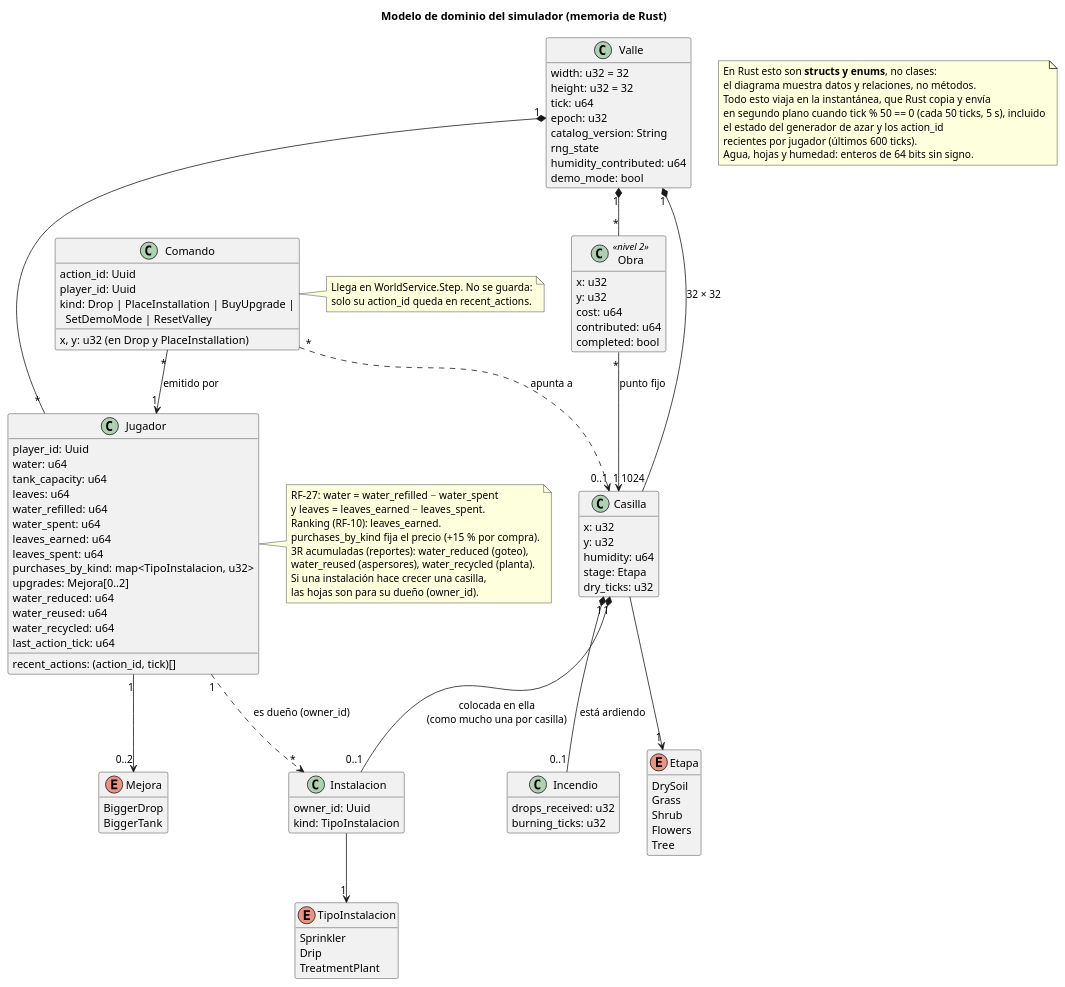
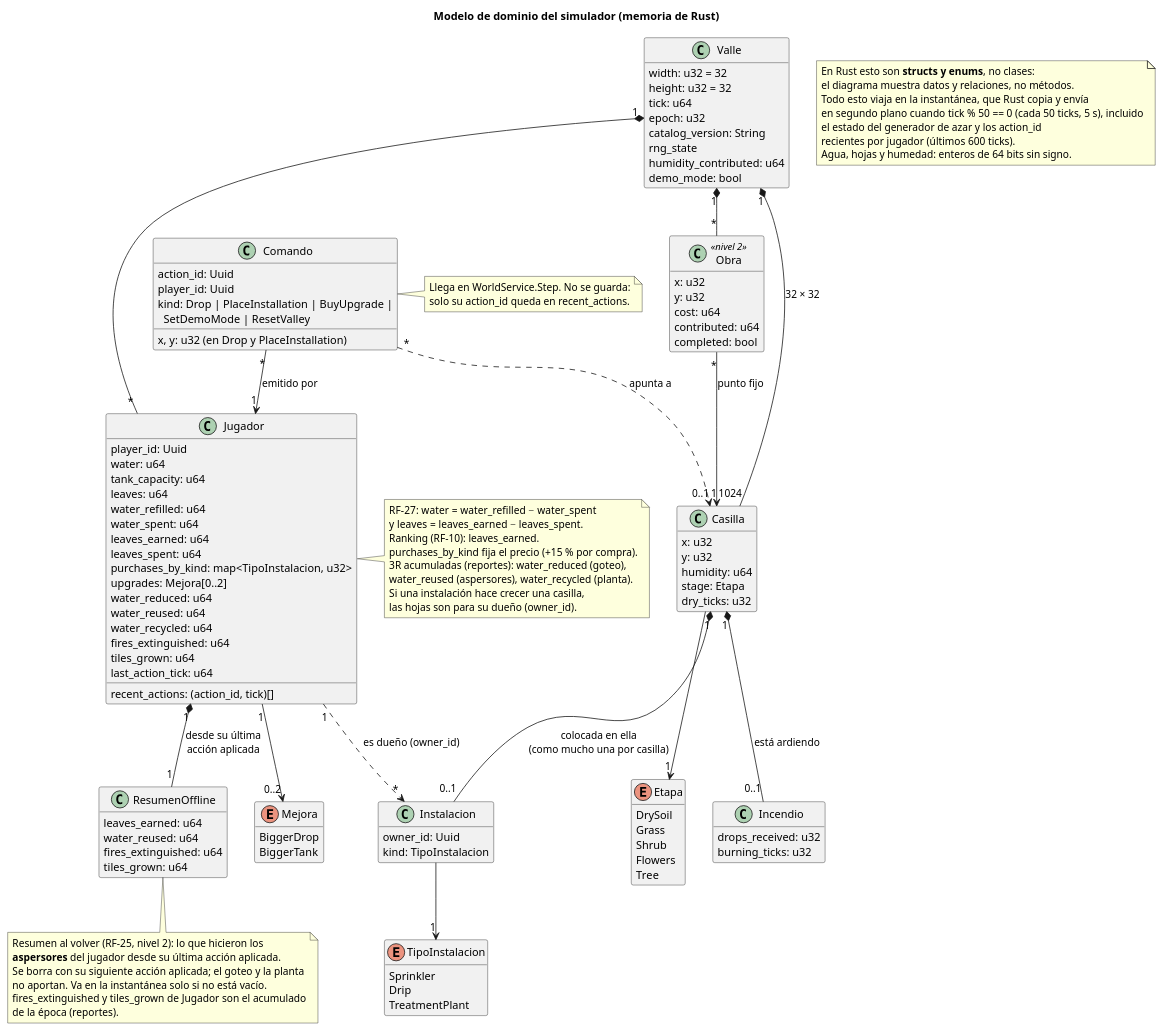
One commit to iadev2005/hydrovalley changed the diagram in docs/diagrams/06-dominio-simulador.puml. Above: the diagram before and after it, drawn with PlantUML. The commit also changed 7 other files, not shown here.

```diff
--- a/docs/diagrams/06-dominio-simulador.puml
+++ b/docs/diagrams/06-dominio-simulador.puml
@@ -1,125 +1,144 @@
 @startuml 06-dominio-simulador
 title Modelo de dominio del simulador (memoria de Rust)
 hide empty methods
 
 class Valle {
   width: u32 = 32
   height: u32 = 32
   tick: u64
   epoch: u32
   catalog_version: String
   rng_state
   humidity_contributed: u64
   demo_mode: bool
 }
 
 class Casilla {
   x: u32
   y: u32
   humidity: u64
   stage: Etapa
   dry_ticks: u32
 }
 
 enum Etapa {
   DrySoil
   Grass
   Shrub
   Flowers
   Tree
 }
 
 class Jugador {
   player_id: Uuid
   water: u64
   tank_capacity: u64
   leaves: u64
   water_refilled: u64
   water_spent: u64
   leaves_earned: u64
   leaves_spent: u64
   purchases_by_kind: map<TipoInstalacion, u32>
   upgrades: Mejora[0..2]
   water_reduced: u64
   water_reused: u64
   water_recycled: u64
+  fires_extinguished: u64
+  tiles_grown: u64
   last_action_tick: u64
   recent_actions: (action_id, tick)[]
+}
+
+class ResumenOffline {
+  leaves_earned: u64
+  water_reused: u64
+  fires_extinguished: u64
+  tiles_grown: u64
 }
 
 class Instalacion {
   owner_id: Uuid
   kind: TipoInstalacion
 }
 
 enum TipoInstalacion {
   Sprinkler
   Drip
   TreatmentPlant
 }
 
 enum Mejora {
   BiggerDrop
   BiggerTank
 }
 
 class Comando {
   action_id: Uuid
   player_id: Uuid
   kind: Drop | PlaceInstallation | BuyUpgrade |\n  SetDemoMode | ResetValley
   x, y: u32 (en Drop y PlaceInstallation)
 }
 
 class Incendio {
   drops_received: u32
   burning_ticks: u32
 }
 
 class Obra <<nivel 2>> {
   x: u32
   y: u32
   cost: u64
   contributed: u64
   completed: bool
 }
 
 Valle "1" *-- "1024" Casilla : 32 × 32
 Valle "1" *-- "*" Jugador
 Casilla --> "1" Etapa
 Casilla "1" *-- "0..1" Incendio : está ardiendo
 Jugador "1" ..> "*" Instalacion : es dueño (owner_id)
 Instalacion --> "1" TipoInstalacion
 Casilla "1" *-- "0..1" Instalacion : colocada en ella\n(como mucho una por casilla)
+Jugador "1" *-- "1" ResumenOffline : desde su última\nacción aplicada
 Jugador "1" --> "0..2" Mejora
 Comando "*" --> "1" Jugador : emitido por
 Comando "*" ..> "0..1" Casilla : apunta a
 Valle "1" *-- "*" Obra
 Obra "*" --> "1" Casilla : punto fijo
 
 note as N1
   En Rust esto son <b>structs y enums</b>, no clases:
   el diagrama muestra datos y relaciones, no métodos.
   Todo esto viaja en la instantánea, que Rust copia y envía
   en segundo plano cuando tick % 50 == 0 (cada 50 ticks, 5 s), incluido
   el estado del generador de azar y los action_id
   recientes por jugador (últimos 600 ticks).
   Agua, hojas y humedad: enteros de 64 bits sin signo.
 end note
 
 note right of Jugador
   RF-27: water = water_refilled − water_spent
   y leaves = leaves_earned − leaves_spent.
   Ranking (RF-10): leaves_earned.
   purchases_by_kind fija el precio (+15 % por compra).
   3R acumuladas (reportes): water_reduced (goteo),
   water_reused (aspersores), water_recycled (planta).
   Si una instalación hace crecer una casilla,
   las hojas son para su dueño (owner_id).
 end note
 
+note bottom of ResumenOffline
+  Resumen al volver (RF-25, nivel 2): lo que hicieron los
+  <b>aspersores</b> del jugador desde su última acción aplicada.
+  Se borra con su siguiente acción aplicada; el goteo y la planta
+  no aportan. Va en la instantánea solo si no está vacío.
+  fires_extinguished y tiles_grown de Jugador son el acumulado
+  de la época (reportes).
+end note
+
 note right of Comando
   Llega en WorldService.Step. No se guarda:
   solo su action_id queda en recent_actions.
 end note
 
 @enduml
```
